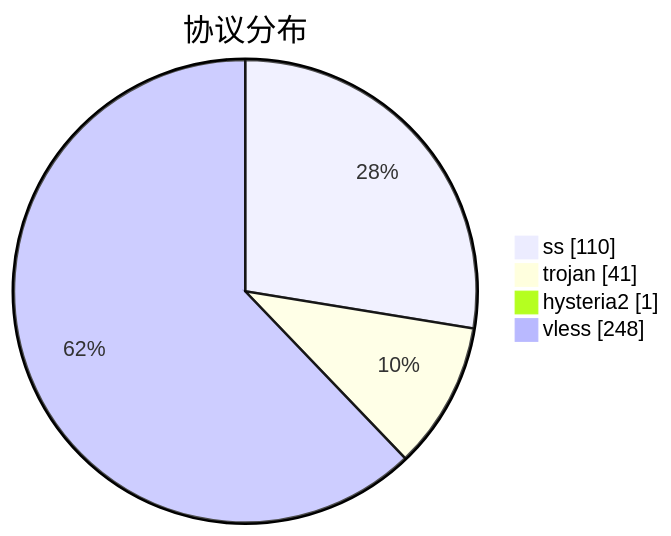
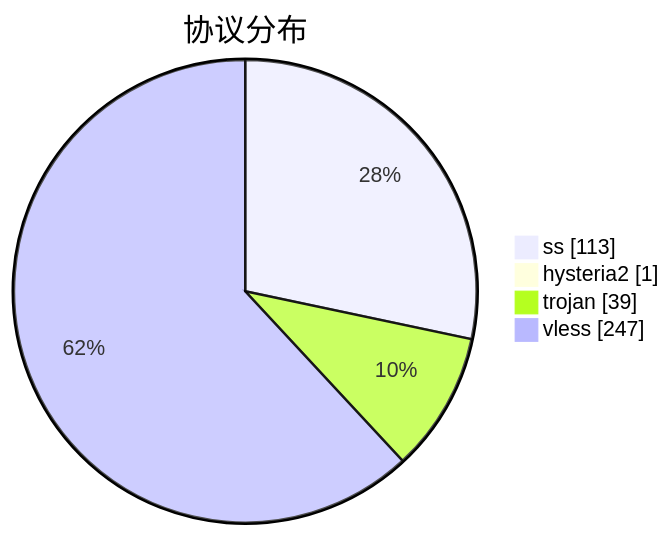
Before and after one commit to qjlxg/airport: the third of 3 diagrams in subs/statistics/tested_within.md, drawn with Mermaid. The commit also changed other lines of this file and 2 other files, not shown here.

````diff
--- a/subs/statistics/tested_within.md
+++ b/subs/statistics/tested_within.md
@@ -18,8 +18,8 @@
 ```mermaid
 pie showData
 title 协议分布
-"ss" : 110
-"trojan" : 41
+"ss" : 113
 "hysteria2" : 1
-"vless" : 248
+"trojan" : 39
+"vless" : 247
 ```
````
